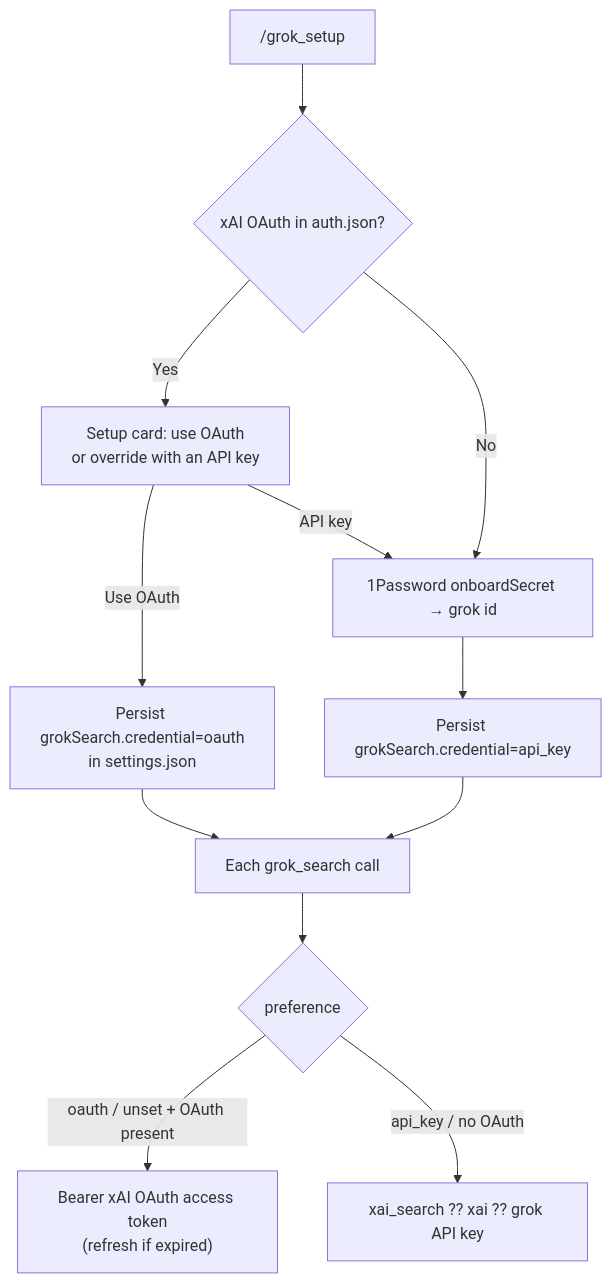
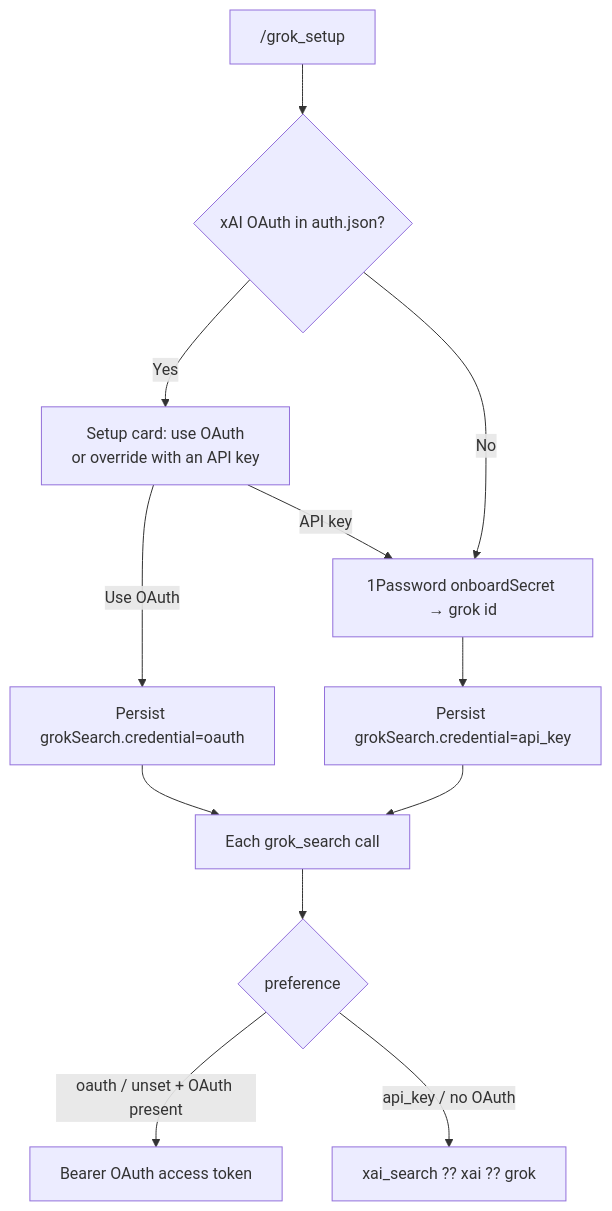
The diagram in packages/grok-search/README.md (jmcombs/pi-extensions), drawn with Mermaid before and after one commit. The commit also changed other lines of this file, not shown here.

Commit message:
feat(grok-search): rewrite README to the package template

````diff
--- a/packages/grok-search/README.md
+++ b/packages/grok-search/README.md
@@ -49,14 +67,14 @@
 ```mermaid
 flowchart TD
     A["/grok_setup"] --> B{"xAI OAuth in auth.json?"}
     B -- "Yes" --> C["Setup card: use OAuth<br/>or override with an API key"]
-    C -- "Use OAuth" --> D["Persist grokSearch.credential=oauth<br/>in settings.json"]
+    C -- "Use OAuth" --> D["Persist grokSearch.credential=oauth"]
     C -- "API key" --> E["1Password onboardSecret → grok id"]
     B -- "No" --> E
     E --> F["Persist grokSearch.credential=api_key"]
     D --> G["Each grok_search call"]
     F --> G
     G --> H{"preference"}
-    H -- "oauth / unset + OAuth present" --> I["Bearer xAI OAuth access token<br/>(refresh if expired)"]
-    H -- "api_key / no OAuth" --> J["xai_search ?? xai ?? grok API key"]
+    H -- "oauth / unset + OAuth present" --> I["Bearer OAuth access token"]
+    H -- "api_key / no OAuth" --> J["xai_search ?? xai ?? grok"]
 ```
````
